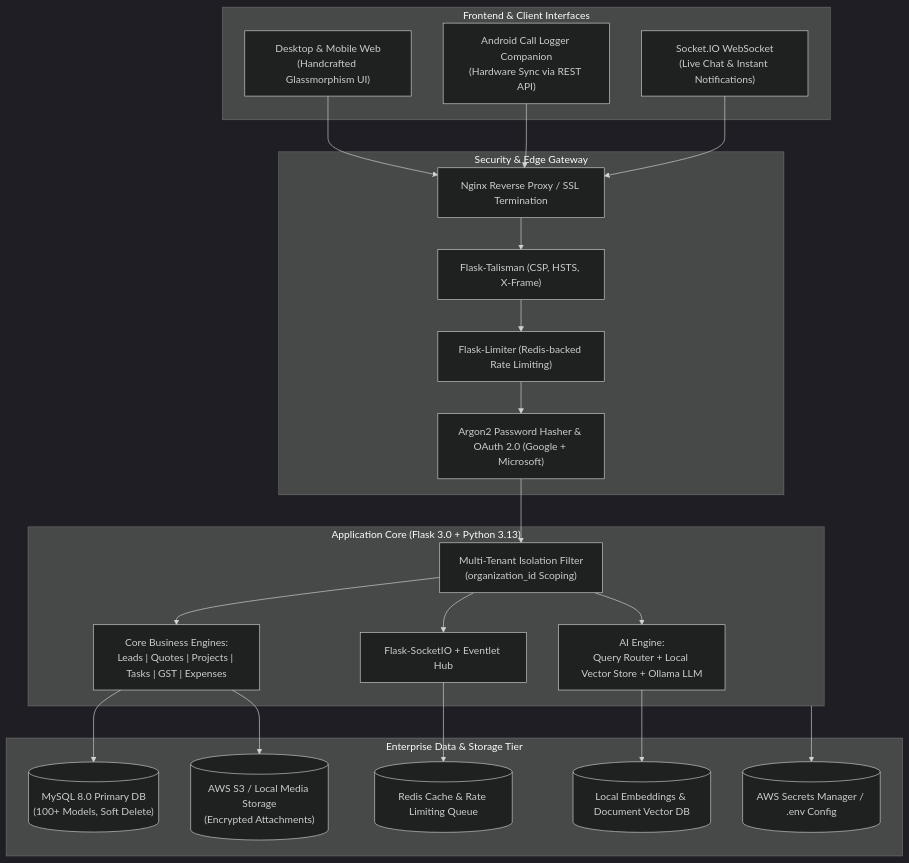
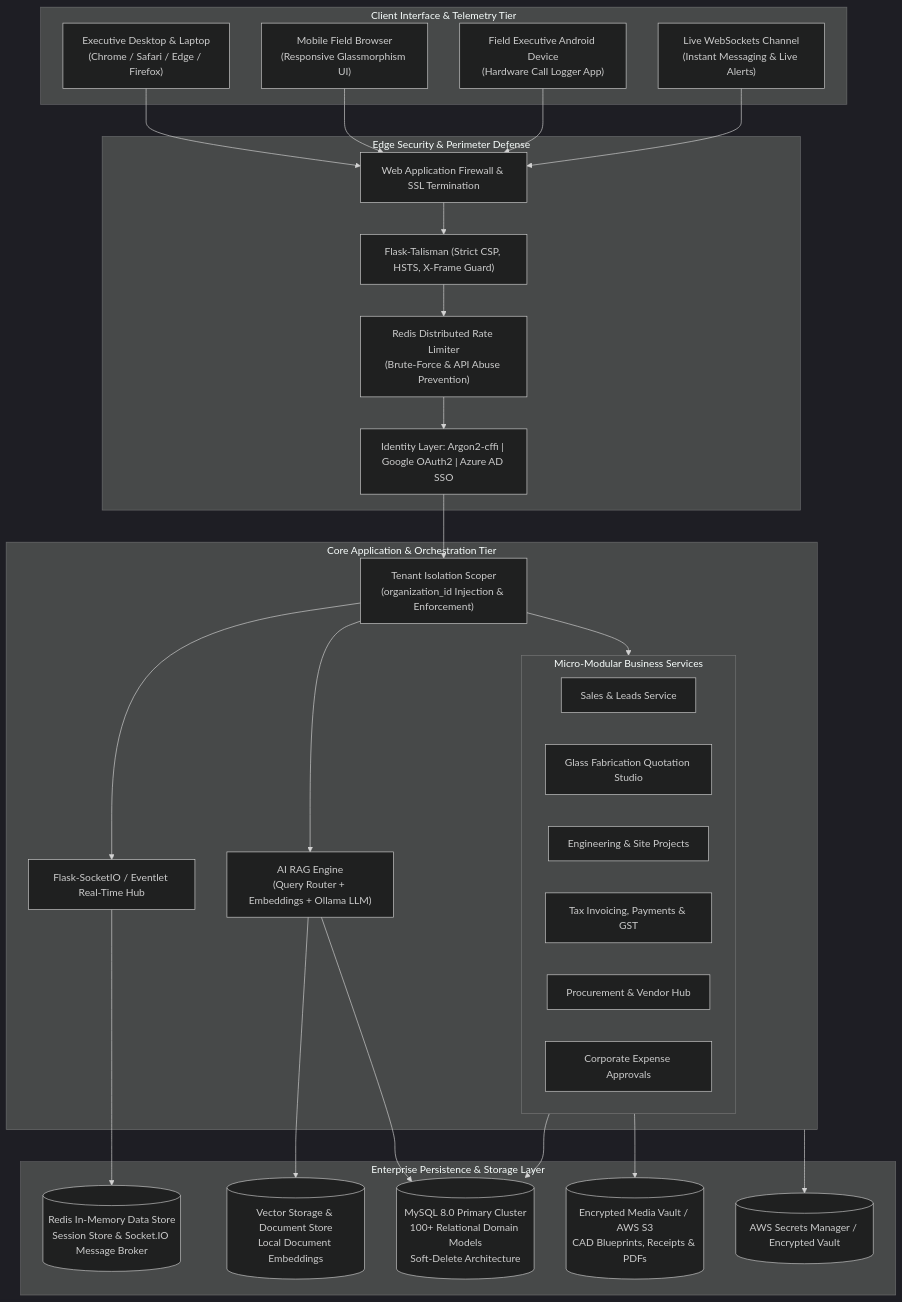
One commit to Glass-Entials/CRM-Glass-Entials changed the first of 9 diagrams in README.md. Above: the diagram before and after it, drawn with Mermaid (dark theme). The commit also changed other lines of this file, not shown here.

````diff
--- a/README.md
+++ b/README.md
@@ -80,45 +64,58 @@
 ```mermaid
 flowchart TD
-    subgraph ClientLayer["Frontend & Client Interfaces"]
-        Browser["Desktop & Mobile Web\n(Handcrafted Glassmorphism UI)"]
-        MobileApp["Android Call Logger Companion\n(Hardware Sync via REST API)"]
-        SocketClient["Socket.IO WebSocket\n(Live Chat & Instant Notifications)"]
+    subgraph ClientTier["Client Interface & Telemetry Tier"]
+        Desktop["Executive Desktop & Laptop\n(Chrome / Safari / Edge / Firefox)"]
+        MobileWeb["Mobile Field Browser\n(Responsive Glassmorphism UI)"]
+        AndroidHardware["Field Executive Android Device\n(Hardware Call Logger App)"]
+        RealtimeSocket["Live WebSockets Channel\n(Instant Messaging & Live Alerts)"]
     end
 
-    subgraph SecurityGateway["Security & Edge Gateway"]
-        Nginx["Nginx Reverse Proxy / SSL Termination"]
-        Talisman["Flask-Talisman (CSP, HSTS, X-Frame)"]
-        Limiter["Flask-Limiter (Redis-backed Rate Limiting)"]
-        Argon2Auth["Argon2 Password Hasher & OAuth 2.0 (Google + Microsoft)"]
+    subgraph SecurityTier["Edge Security & Perimeter Defense"]
+        WAF["Web Application Firewall & SSL Termination"]
+        Talisman["Flask-Talisman (Strict CSP, HSTS, X-Frame Guard)"]
+        Limiter["Redis Distributed Rate Limiter\n(Brute-Force & API Abuse Prevention)"]
+        SSO["Identity Layer: Argon2-cffi | Google OAuth2 | Azure AD SSO"]
     end
 
-    subgraph CoreEngine["Application Core (Flask 3.0 + Python 3.13)"]
-        TenantRouter["Multi-Tenant Isolation Filter\n(organization_id Scoping)"]
-        AppModules["Core Business Engines:\nLeads | Quotes | Projects | Tasks | GST | Expenses"]
-        RealtimeHub["Flask-SocketIO + Eventlet Hub"]
-        AICopilot["AI Engine:\nQuery Router + Local Vector Store + Ollama LLM"]
+    subgraph AppTier["Core Application & Orchestration Tier"]
+        TenantFilter["Tenant Isolation Scoper\n(organization_id Injection & Enforcement)"]
+        
+        subgraph BusinessEngines["Micro-Modular Business Services"]
+            SalesEngine["Sales & Leads Service"]
+            QuoteEngine["Glass Fabrication Quotation Studio"]
+            ProjectEngine["Engineering & Site Projects"]
+            FinanceEngine["Tax Invoicing, Payments & GST"]
+            SupplyEngine["Procurement & Vendor Hub"]
+            ExpenseEngine["Corporate Expense Approvals"]
+        end
+
+        SocketHub["Flask-SocketIO / Eventlet Real-Time Hub"]
+        AICore["AI RAG Engine\n(Query Router + Embeddings + Ollama LLM)"]
     end
 
-    subgraph PersistenceLayer["Enterprise Data & Storage Tier"]
-        MySQL[("MySQL 8.0 Primary DB\n(100+ Models, Soft Delete)")]
-        RedisStore[("Redis Cache & Rate Limiting Queue")]
-        VectorStore[("Local Embeddings & Document Vector DB")]
-        S3Storage[("AWS S3 / Local Media Storage\n(Encrypted Attachments)")]
-        SecretsMgr[("AWS Secrets Manager / .env Config")]
+    subgraph DataTier["Enterprise Persistence & Storage Layer"]
+        MySQL[("MySQL 8.0 Primary Cluster\n100+ Relational Domain Models\nSoft-Delete Architecture")]
+        RedisQueue[("Redis In-Memory Data Store\nSession Store & Socket.IO Message Broker")]
+        VectorDB[("Vector Storage & Document Store\nLocal Document Embeddings")]
+        MediaVault[("Encrypted Media Vault / AWS S3\nCAD Blueprints, Receipts & PDFs")]
+        SecretsVault[("AWS Secrets Manager / Encrypted Vault")]
     end
 
-    Browser --> Nginx
-    MobileApp --> Nginx
-    SocketClient --> Nginx
+    Desktop --> WAF
+    MobileWeb --> WAF
+    AndroidHardware --> WAF
+    RealtimeSocket --> WAF
 
-    Nginx --> Talisman --> Limiter --> Argon2Auth --> TenantRouter
-    TenantRouter --> AppModules
-    TenantRouter --> RealtimeHub
-    TenantRouter --> AICopilot
+    WAF --> Talisman --> Limiter --> SSO --> TenantFilter
+    
+    TenantFilter --> BusinessEngines
+    TenantFilter --> SocketHub
+    TenantFilter --> AICore
 
-    AppModules --> MySQL
-    AppModules --> S3Storage
-    RealtimeHub --> RedisStore
-    AICopilot --> VectorStore
-    CoreEngine --> SecretsMgr
+    BusinessEngines --> MySQL
+    BusinessEngines --> MediaVault
+    SocketHub --> RedisQueue
+    AICore --> VectorDB
+    AICore --> MySQL
+    AppTier --> SecretsVault
 ```
````
